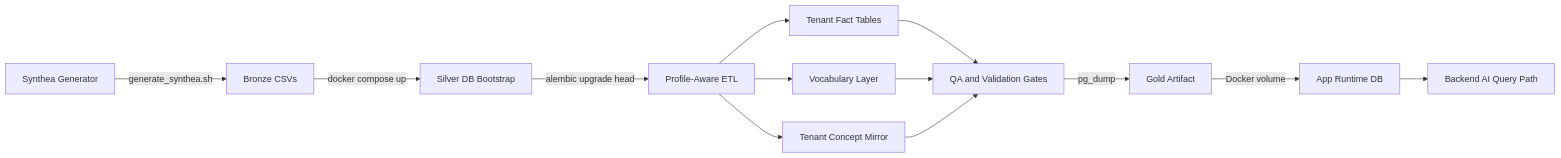
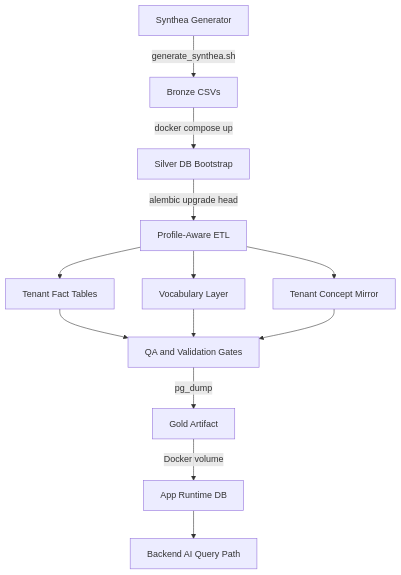
Before and after one commit to elis-salobehaj/mediquery-ai: the diagram in data-pipeline/README.md, drawn with Mermaid. The commit also changed other lines of this file and 7 other files, not shown here.

````diff
--- a/data-pipeline/README.md
+++ b/data-pipeline/README.md
@@ -12,18 +12,18 @@
 ```mermaid
-flowchart LR
+flowchart TD
     A[Synthea Generator] -->|generate_synthea.sh| B[Bronze CSVs]
     B -->|docker compose up| C[Silver DB Bootstrap]
     C -->|alembic upgrade head| D[Profile-Aware ETL]
 
     D --> E1[Tenant Fact Tables]
     D --> E2[Vocabulary Layer]
     D --> E3[Tenant Concept Mirror]
 
     E1 --> F[QA and Validation Gates]
     E2 --> F
     E3 --> F
 
     F -->|pg_dump| G[Gold Artifact]
     G -->|Docker volume| H[App Runtime DB]
     H --> I[Backend AI Query Path]
 ```
````
